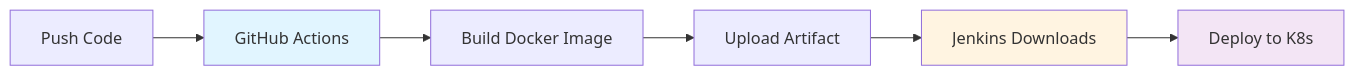
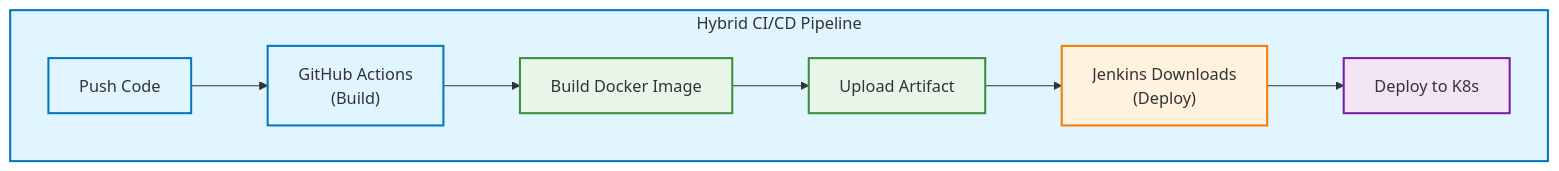
One commit to 2024aa05820/heart-disease-mlops changed the sixth of 9 diagrams in README.md. Above: the diagram before and after it, drawn with Mermaid. The commit also changed other lines of this file and 1 other file, not shown here.

First line of the commit message:
Update Mermaid diagrams to top-to-bottom with color styling and configure Jenkins for PR merge

````diff
--- a/README.md
+++ b/README.md
@@ -358,12 +394,18 @@
 ```mermaid
-graph LR
-    A[Push Code] --> B[GitHub Actions]
-    B --> C[Build Docker Image]
-    C --> D[Upload Artifact]
-    D --> E[Jenkins Downloads]
-    E --> F[Deploy to K8s]
+graph TB
+    subgraph HYBRID["Hybrid CI/CD Pipeline"]
+        A["Push Code"] --> B["GitHub Actions<br/>(Build)"]
+        B --> C["Build Docker Image"]
+        C --> D["Upload Artifact"]
+        D --> E["Jenkins Downloads<br/>(Deploy)"]
+        E --> F["Deploy to K8s"]
+    end
     
-    style B fill:#e1f5ff
-    style E fill:#fff4e1
-    style F fill:#f3e5f5
+    style HYBRID fill:#e1f5ff,stroke:#0277bd,stroke-width:2px
+    style A fill:#e1f5ff,stroke:#0277bd,stroke-width:2px
+    style B fill:#e1f5ff,stroke:#0277bd,stroke-width:2px
+    style C fill:#e8f5e9,stroke:#388e3c,stroke-width:2px
+    style D fill:#e8f5e9,stroke:#388e3c,stroke-width:2px
+    style E fill:#fff3e0,stroke:#f57c00,stroke-width:2px
+    style F fill:#f3e5f5,stroke:#7b1fa2,stroke-width:2px
 ```
````
